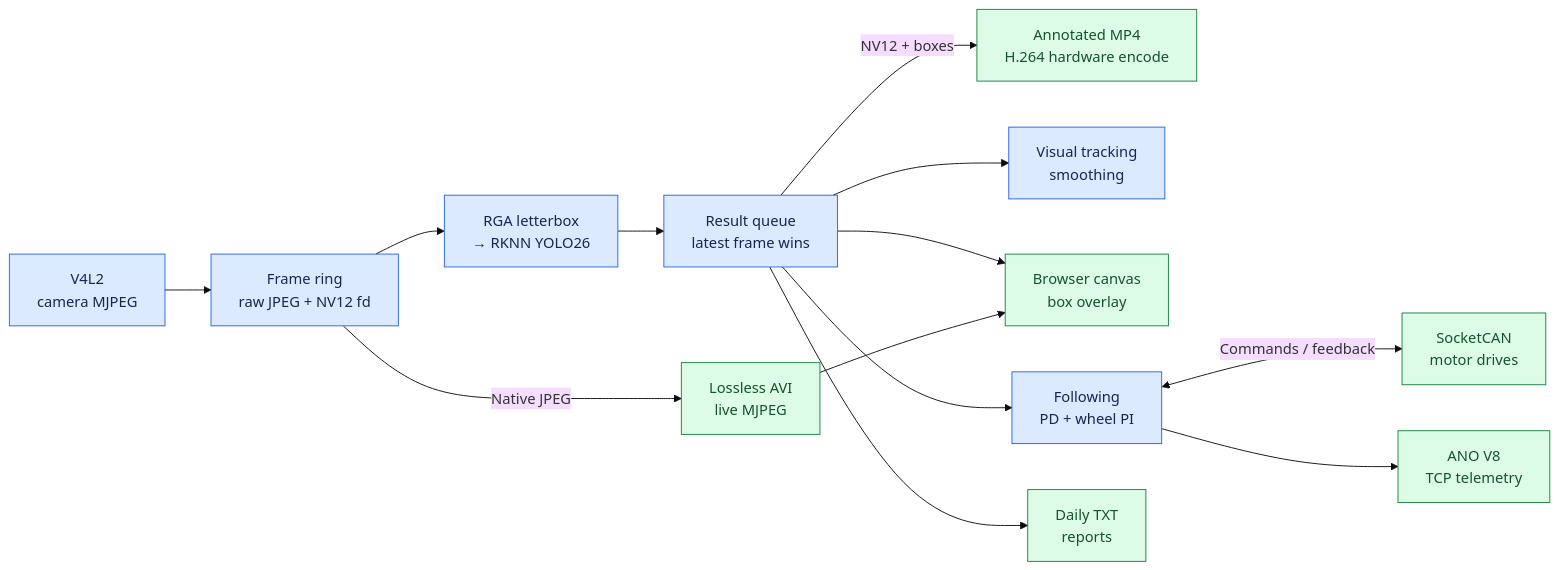
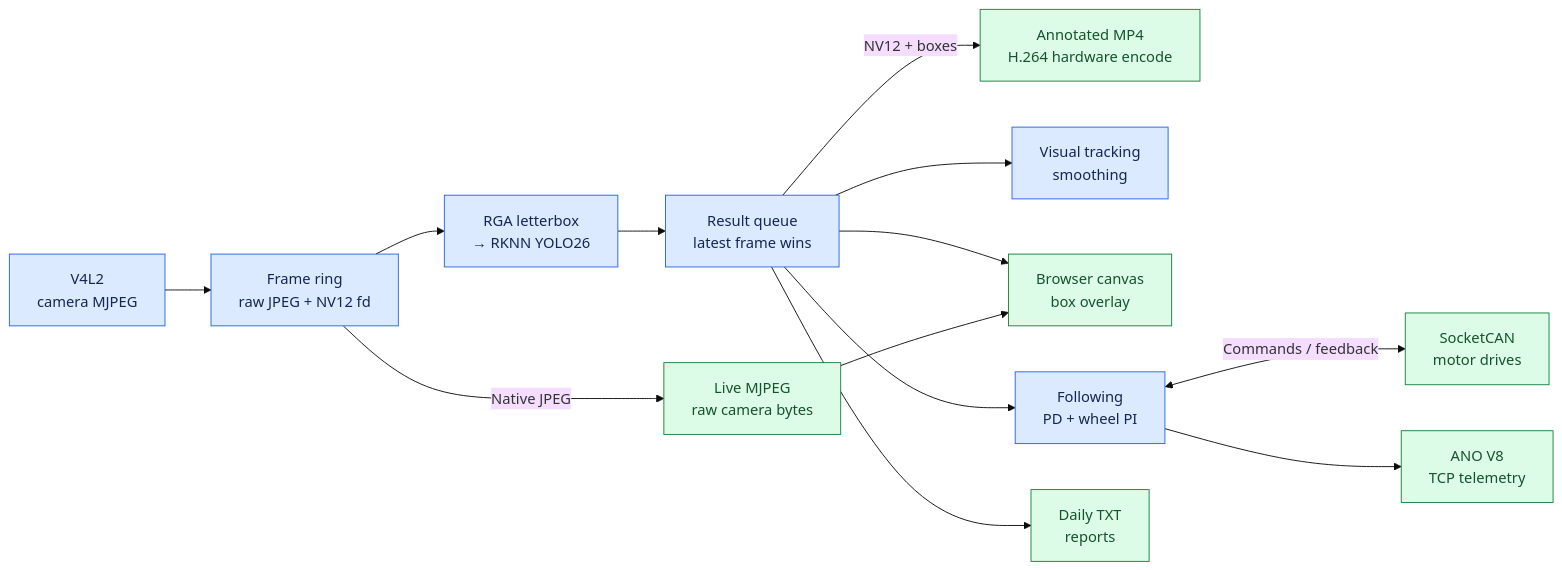
One commit to qianruo-orange/autonomous-driving-car changed the fourth of 6 diagrams in README.md. Above: the diagram before and after it, drawn with Mermaid (base theme). The commit also changed other lines of this file, not shown here.

````diff
--- a/README.md
+++ b/README.md
@@ -421,19 +423,19 @@
 ```mermaid
 flowchart LR
     Camera["V4L2<br/>camera MJPEG"] --> Ring["Frame ring<br/>raw JPEG + NV12 fd"]
     Ring --> YOLO["RGA letterbox<br/>→ RKNN YOLO26"]
-    Ring -->|Native JPEG| Video["Lossless AVI<br/>live MJPEG"]
+    Ring -->|Native JPEG| Video["Live MJPEG<br/>raw camera bytes"]
     YOLO --> Results["Result queue<br/>latest frame wins"]
     Results -->|NV12 + boxes| Annot["Annotated MP4<br/>H.264 hardware encode"]
     Results --> Track["Visual tracking<br/>smoothing"]
     Results --> Overlay["Browser canvas<br/>box overlay"]
     Video --> Overlay
     Results --> Follow["Following<br/>PD + wheel PI"]
     Follow <-->|Commands / feedback| CAN["SocketCAN<br/>motor drives"]
     Results --> Reports["Daily TXT<br/>reports"]
     Follow --> ANO["ANO V8<br/>TCP telemetry"]
     classDef process fill:#dbeafe,stroke:#2563eb,color:#172554
     classDef output fill:#dcfce7,stroke:#15803d,color:#14532d
     class Camera,Ring,YOLO,Results,Track,Follow process
     class Video,Annot,Overlay,CAN,Reports,ANO output
 ```
````
